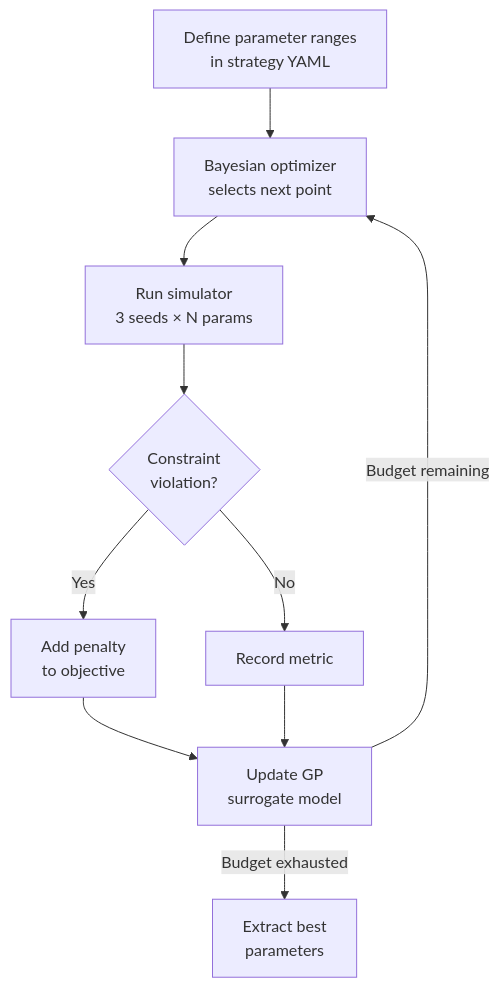
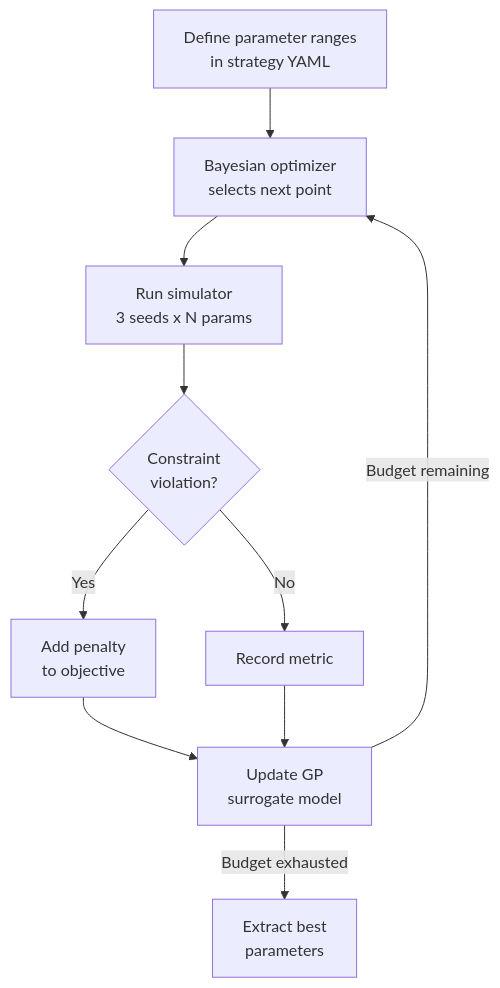
The third of 4 diagrams in docs/methodology/strategy-evolution.md (inference-sim/inference-sim), drawn with Mermaid before and after one commit. The commit also changed other lines of this file and 3 other files, not shown here.

````diff
--- a/docs/methodology/strategy-evolution.md
+++ b/docs/methodology/strategy-evolution.md
@@ -106,12 +106,12 @@
 ```mermaid
 flowchart TD
-    A[Define parameter ranges\nin strategy YAML] --> B[Bayesian optimizer\nselects next point]
-    B --> C[Run simulator\n3 seeds × N params]
-    C --> D{Constraint\nviolation?}
-    D -->|Yes| E[Add penalty\nto objective]
-    D -->|No| F[Record metric]
-    E --> G[Update GP\nsurrogate model]
+    A["Define parameter ranges<br/>in strategy YAML"] --> B["Bayesian optimizer<br/>selects next point"]
+    B --> C["Run simulator<br/>3 seeds x N params"]
+    C --> D{"Constraint<br/>violation?"}
+    D -->|Yes| E["Add penalty<br/>to objective"]
+    D -->|No| F["Record metric"]
+    E --> G["Update GP<br/>surrogate model"]
     F --> G
     G -->|Budget remaining| B
-    G -->|Budget exhausted| H[Extract best\nparameters]
+    G -->|Budget exhausted| H["Extract best<br/>parameters"]
 ```
````
